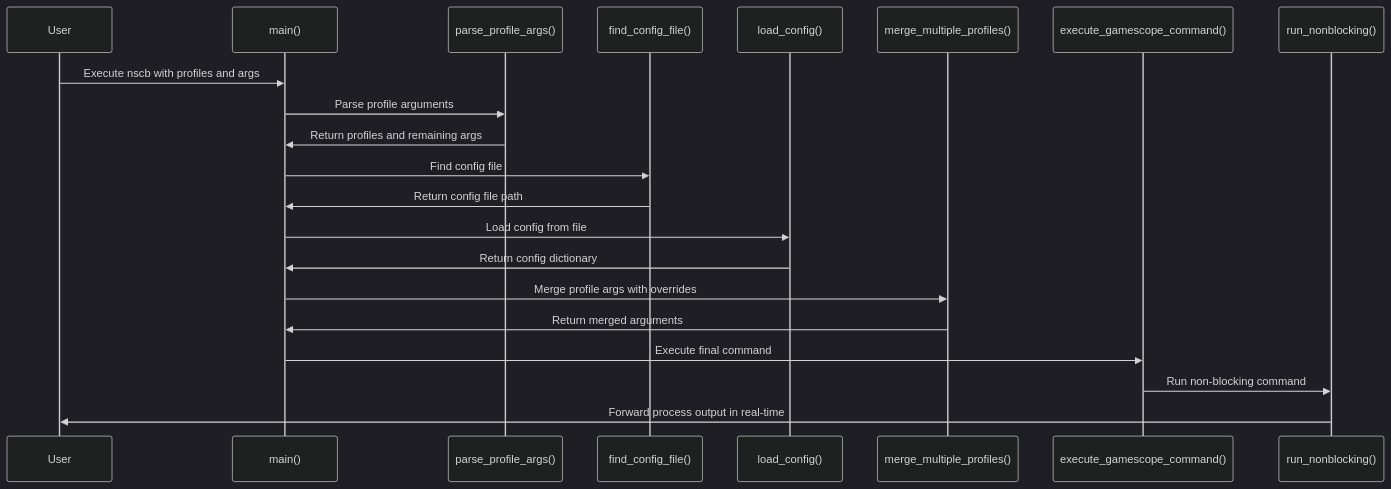
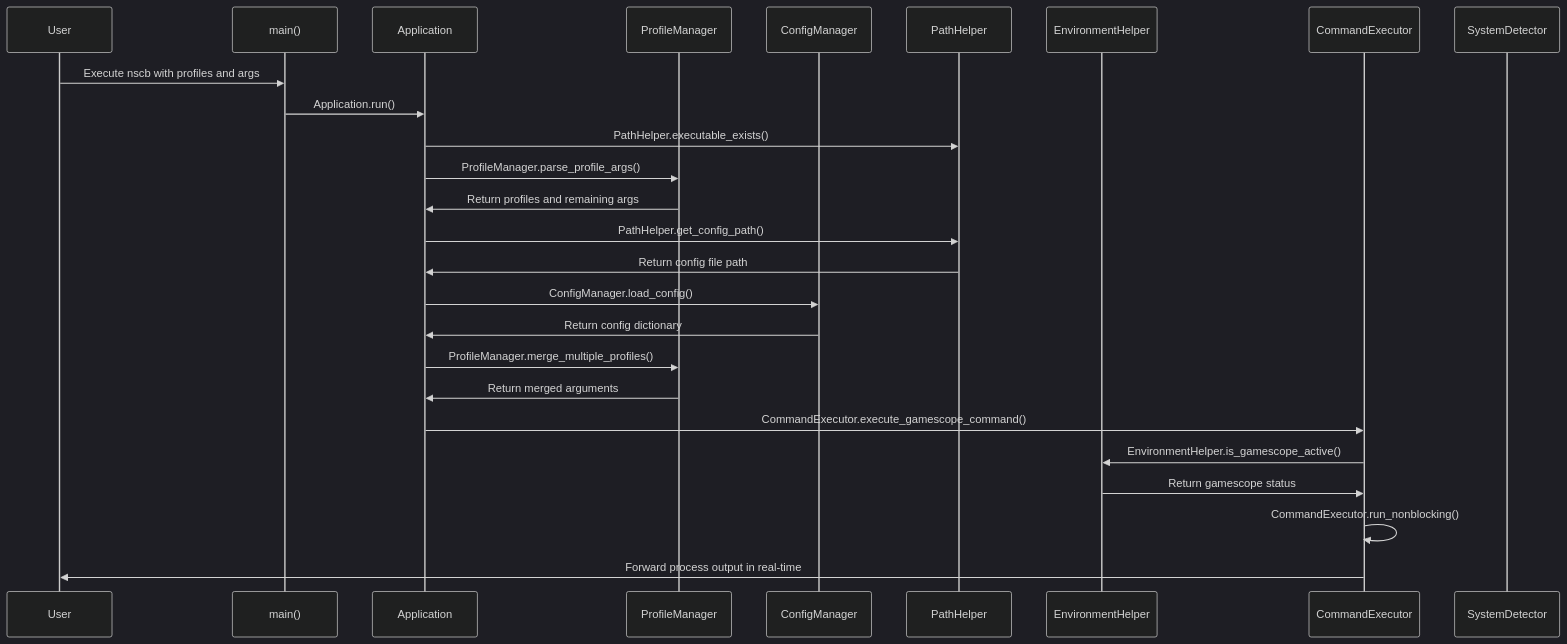
Before and after one commit to WombatFromHell/neoscopebuddy: the third of 3 diagrams in DESIGN.md, drawn with Mermaid (dark theme). The commit also changed other lines of this file and 7 other files, not shown here.

````diff
--- a/DESIGN.md
+++ b/DESIGN.md
@@ -221,24 +261,29 @@
 ```mermaid
 sequenceDiagram
     participant U as User
     participant M as main()
-    participant P as parse_profile_args()
-    participant C as find_config_file()
-    participant L as load_config()
-    participant A as merge_multiple_profiles()
-    participant E as execute_gamescope_command()
-    participant R as run_nonblocking()
+    participant App as Application
+    participant PM as ProfileManager
+    participant CM as ConfigManager
+    participant PH as PathHelper
+    participant EH as EnvironmentHelper
+    participant CE as CommandExecutor
+    participant SD as SystemDetector
 
     U->>M: Execute nscb with profiles and args
-    M->>P: Parse profile arguments
-    P->>M: Return profiles and remaining args
-    M->>C: Find config file
-    C->>M: Return config file path
-    M->>L: Load config from file
-    L->>M: Return config dictionary
-    M->>A: Merge profile args with overrides
-    A->>M: Return merged arguments
-    M->>E: Execute final command
-    E->>R: Run non-blocking command
-    R->>U: Forward process output in real-time
+    M->>App: Application.run()
+    App->>PH: PathHelper.executable_exists()
+    App->>PM: ProfileManager.parse_profile_args()
+    PM->>App: Return profiles and remaining args
+    App->>PH: PathHelper.get_config_path()
+    PH->>App: Return config file path
+    App->>CM: ConfigManager.load_config()
+    CM->>App: Return config dictionary
+    App->>PM: ProfileManager.merge_multiple_profiles()
+    PM->>App: Return merged arguments
+    App->>CE: CommandExecutor.execute_gamescope_command()
+    CE->>EH: EnvironmentHelper.is_gamescope_active()
+    EH->>CE: Return gamescope status
+    CE->>CE: CommandExecutor.run_nonblocking()
+    CE->>U: Forward process output in real-time
 ```
````
